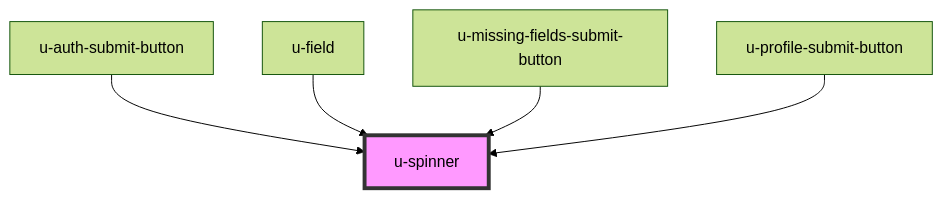
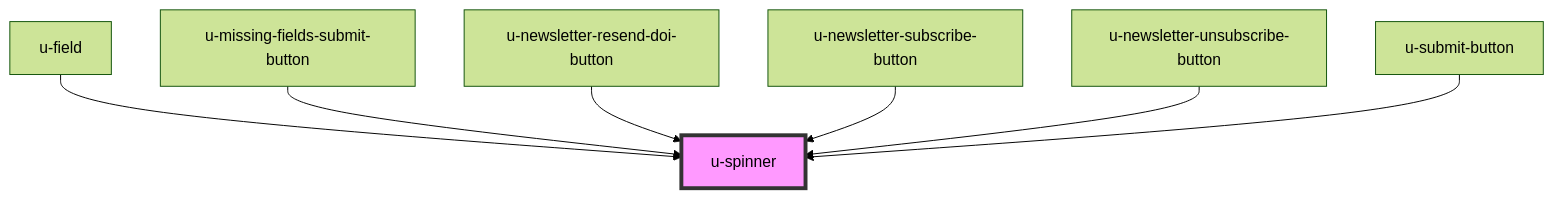
One commit to UnidyID/unidy-sdk changed the diagram in packages/sdk/src/shared/components/spinner/readme.md. Above: the diagram before and after it, drawn with Mermaid (forest theme). The commit also changed other lines of this file and 66 other files, not shown here.

````diff
--- a/packages/sdk/src/shared/components/spinner/readme.md
+++ b/packages/sdk/src/shared/components/spinner/readme.md
@@ -91,8 +107,10 @@
 ```mermaid
 graph TD;
-  u-auth-submit-button --> u-spinner
   u-field --> u-spinner
   u-missing-fields-submit-button --> u-spinner
-  u-profile-submit-button --> u-spinner
+  u-newsletter-resend-doi-button --> u-spinner
+  u-newsletter-subscribe-button --> u-spinner
+  u-newsletter-unsubscribe-button --> u-spinner
+  u-submit-button --> u-spinner
   style u-spinner fill:#f9f,stroke:#333,stroke-width:4px
 ```
````
